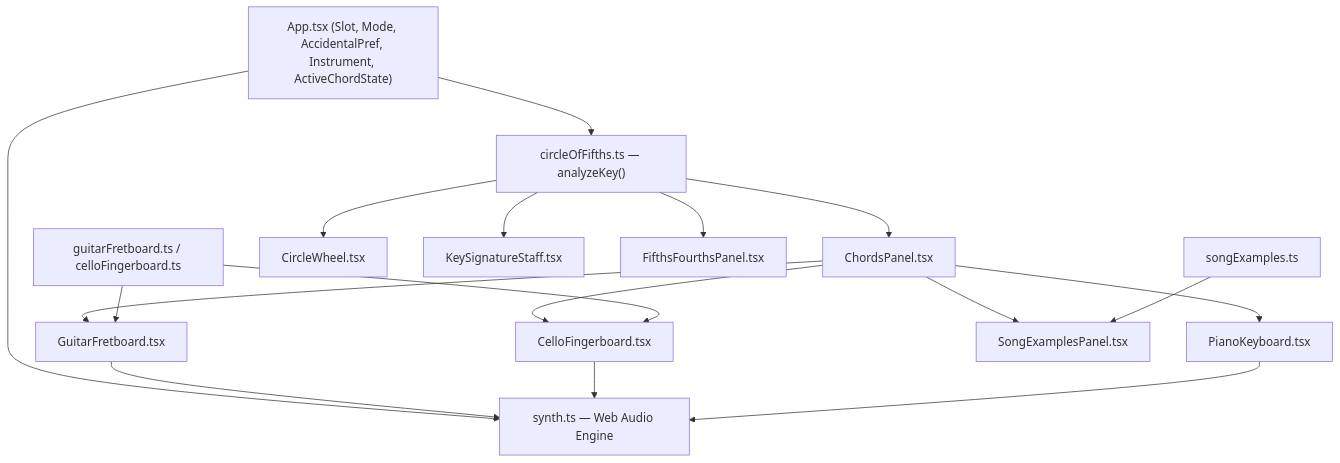
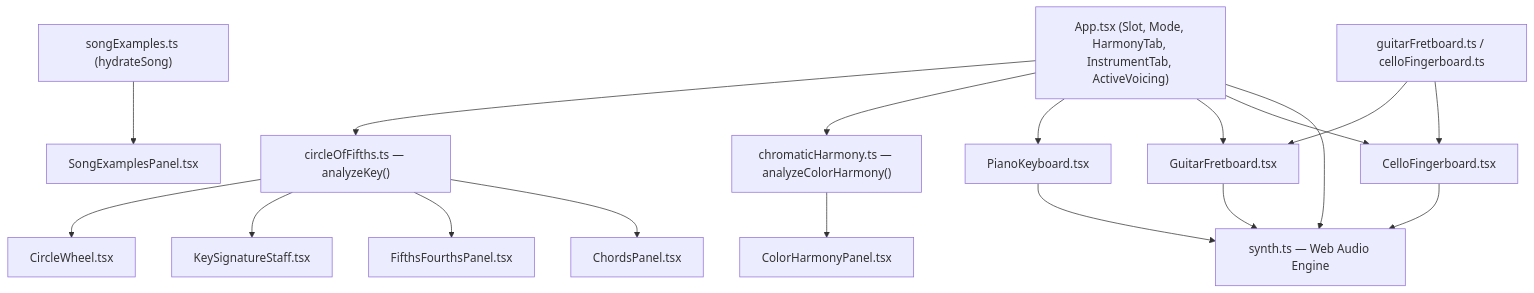
One commit to NewGuy012/musical-scales changed the diagram in docs/architecture.md. Above: the diagram before and after it, drawn with Mermaid. The commit also changed other lines of this file and 1 other file, not shown here.

Commit message:
docs: sync README and architecture overview with current studio implementation

````diff
--- a/docs/architecture.md
+++ b/docs/architecture.md
@@ -57,28 +68,30 @@
 ```mermaid
 flowchart TD
-    State["App.tsx (Slot, Mode, AccidentalPref, Instrument, ActiveChordState)"]
+    State["App.tsx (Slot, Mode, HarmonyTab, InstrumentTab, ActiveVoicing)"]
     Theory["circleOfFifths.ts — analyzeKey()"]
+    ColorTheory["chromaticHarmony.ts — analyzeColorHarmony()"]
     Voicings["guitarFretboard.ts / celloFingerboard.ts"]
-    Songs["songExamples.ts"]
+    Songs["songExamples.ts (hydrateSong)"]
     Synth["synth.ts — Web Audio Engine"]
 
     State --> Theory
+    State --> ColorTheory
     Theory --> Wheel["CircleWheel.tsx"]
     Theory --> Staff["KeySignatureStaff.tsx"]
     Theory --> Neighbors["FifthsFourthsPanel.tsx"]
     Theory --> Chords["ChordsPanel.tsx"]
+    ColorTheory --> ColorPanel["ColorHarmonyPanel.tsx"]
+    Songs --> SongPanel["SongExamplesPanel.tsx"]
 
-    Chords --> Piano["PianoKeyboard.tsx"]
-    Chords --> Guitar["GuitarFretboard.tsx"]
-    Chords --> Cello["CelloFingerboard.tsx"]
-    Chords --> SongPanel["SongExamplesPanel.tsx"]
+    State --> Piano["PianoKeyboard.tsx"]
+    State --> Guitar["GuitarFretboard.tsx"]
+    State --> Cello["CelloFingerboard.tsx"]
 
     Voicings --> Guitar
     Voicings --> Cello
-    Songs --> SongPanel
 
     State --> Synth
     Guitar --> Synth
     Cello --> Synth
     Piano --> Synth
 ```
````
